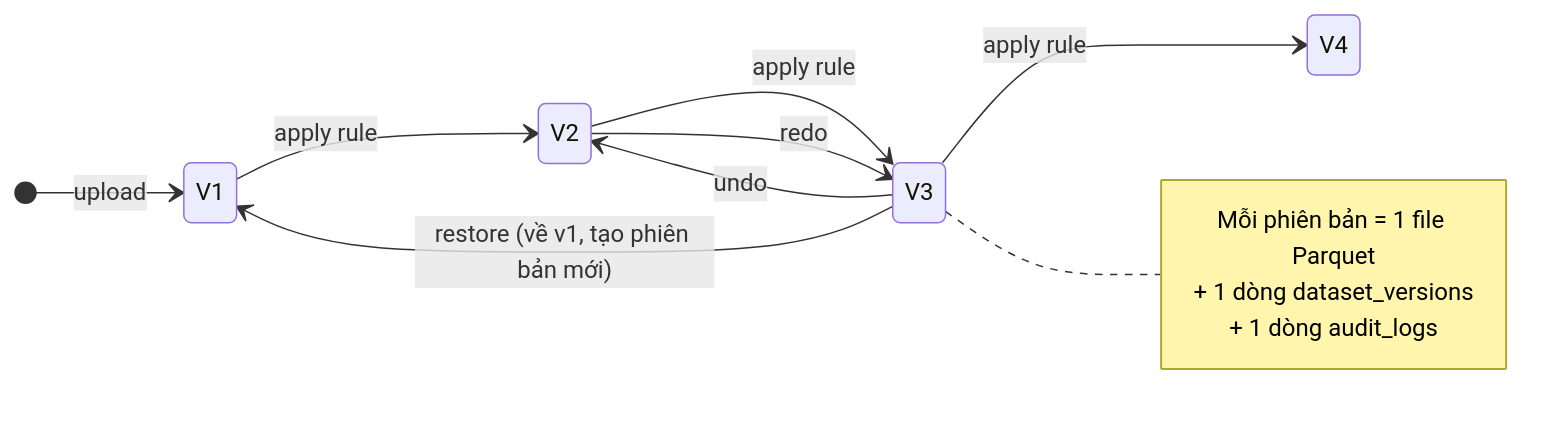
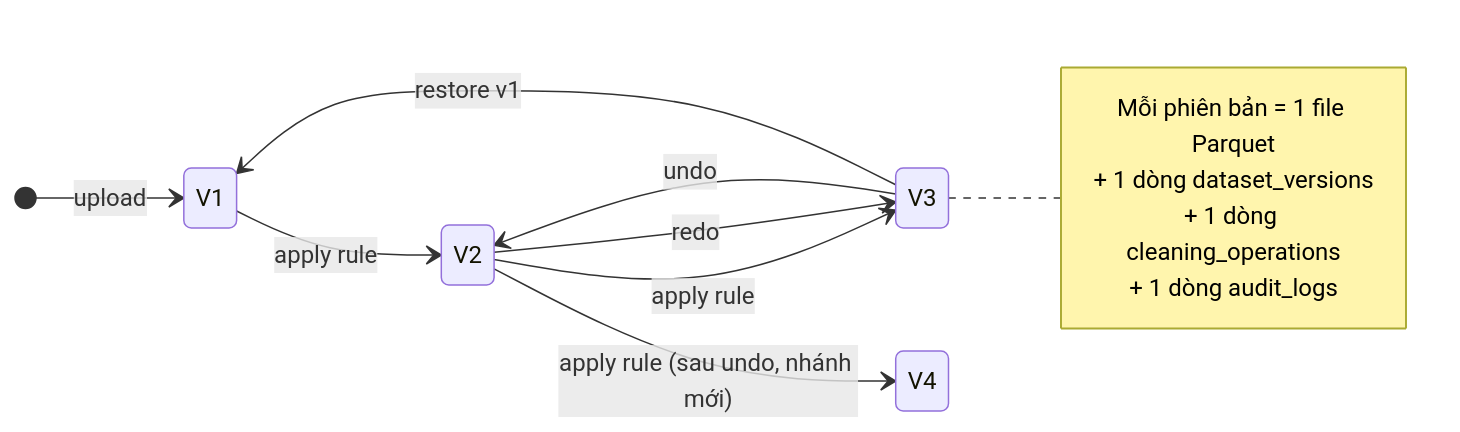
The tenth of 15 diagrams in data-cleaning-platform/docs/flow-diagram.md (2431540234-arch/clean-data), drawn with Mermaid before and after one commit. The commit also changed other lines of this file and 6 other files, not shown here.

````diff
--- a/data-cleaning-platform/docs/flow-diagram.md
+++ b/data-cleaning-platform/docs/flow-diagram.md
@@ -238,16 +303,17 @@
 ```mermaid
 stateDiagram-v2
     direction LR
     [*] --> V1: upload
     V1 --> V2: apply rule
     V2 --> V3: apply rule
     V3 --> V2: undo
     V2 --> V3: redo
-    V3 --> V1: restore (về v1, tạo phiên bản mới)
-    V3 --> V4: apply rule
+    V3 --> V1: restore v1
+    V2 --> V4: apply rule (sau undo, nhánh mới)
     note right of V3
         Mỗi phiên bản = 1 file Parquet
         + 1 dòng dataset_versions
+        + 1 dòng cleaning_operations
         + 1 dòng audit_logs
     end note
 ```
````
